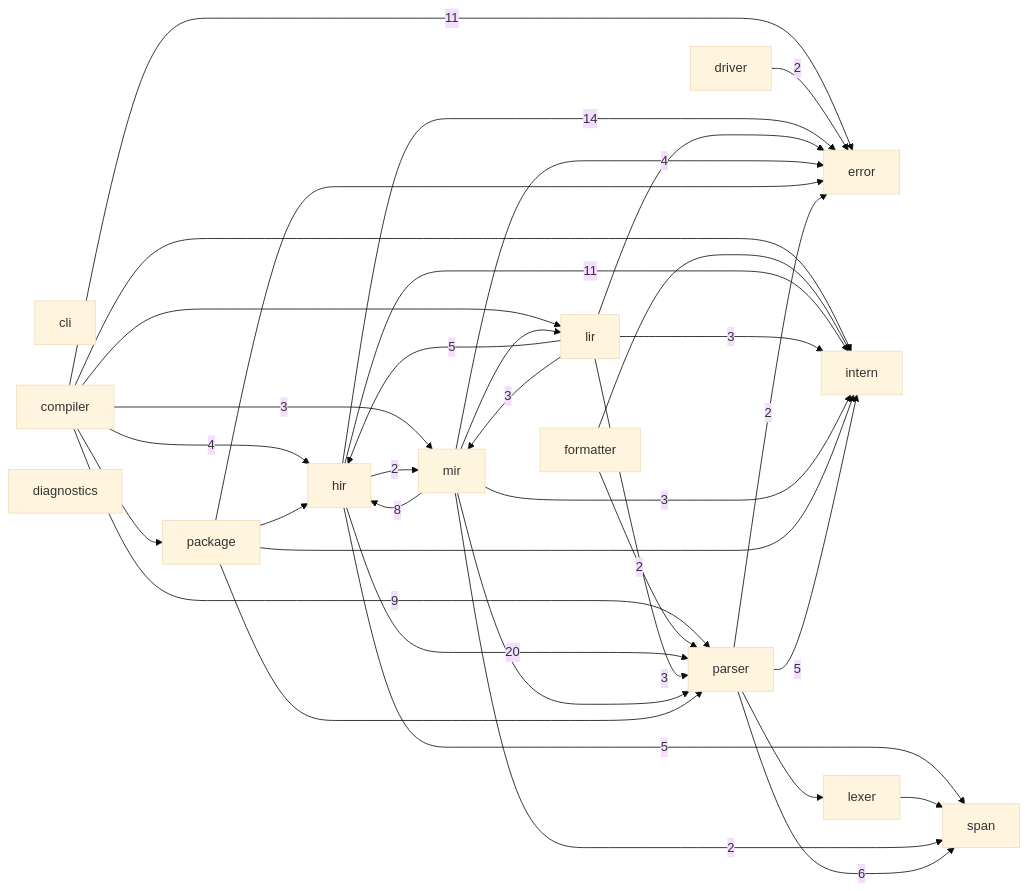
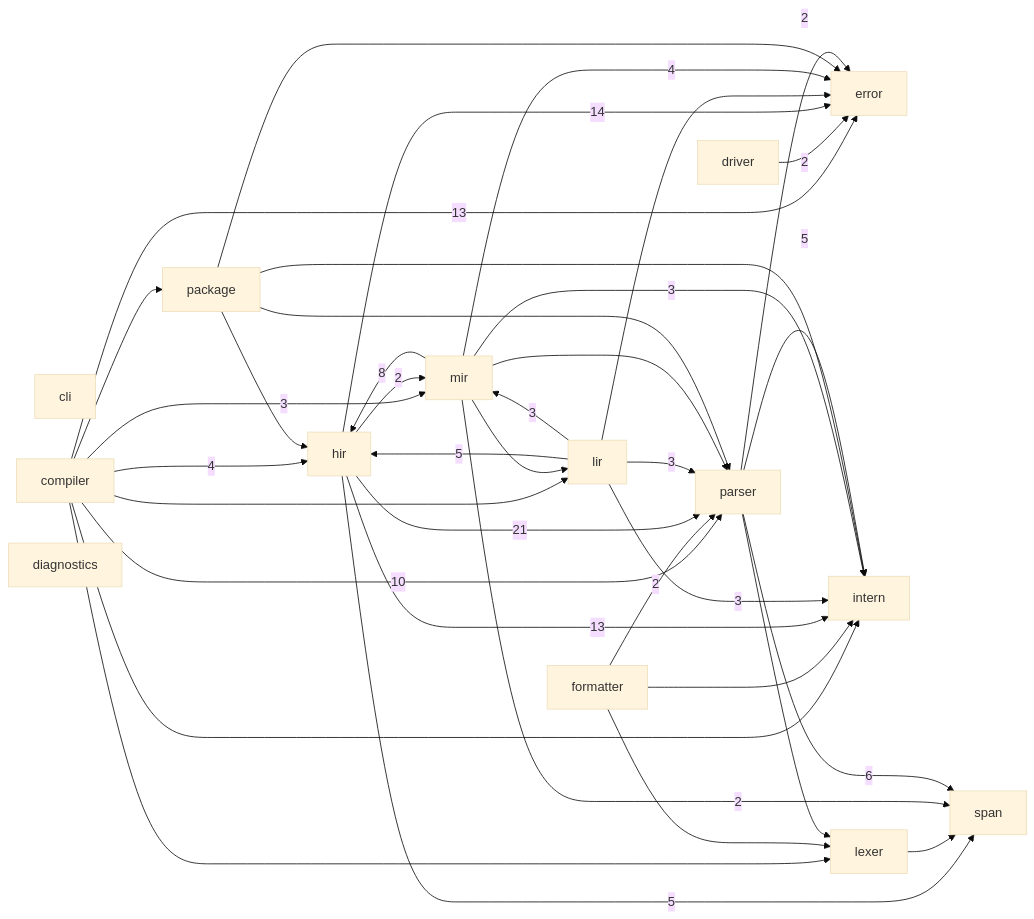
One commit to ayanami1ei/Ayanami-language changed the diagram in docs/module-graph.md. Above: the diagram before and after it, drawn with Mermaid (base theme). The commit also changed other lines of this file and 29 other files, not shown here.

````diff
--- a/docs/module-graph.md
+++ b/docs/module-graph.md
@@ -6,52 +6,54 @@
 ```mermaid
 graph LR
     cli
     compiler
     diagnostics
     driver
     error
     formatter
     hir
     intern
     lexer
     lir
     mir
     package
     parser
     span
-    compiler -->|11| error
+    compiler -->|13| error
     compiler -->|4| hir
     compiler --> intern
+    compiler --> lexer
     compiler --> lir
     compiler -->|3| mir
     compiler --> package
-    compiler -->|9| parser
+    compiler -->|10| parser
     driver -->|2| error
     formatter --> intern
+    formatter --> lexer
     formatter -->|2| parser
     hir -->|14| error
-    hir -->|11| intern
+    hir -->|13| intern
     hir -->|2| mir
-    hir -->|20| parser
+    hir -->|21| parser
     hir -->|5| span
     lexer --> span
     lir --> error
     lir -->|5| hir
     lir -->|3| intern
     lir -->|3| mir
     lir -->|3| parser
     mir -->|4| error
     mir -->|8| hir
     mir -->|3| intern
     mir --> lir
     mir --> parser
     mir -->|2| span
     package --> error
     package --> hir
     package --> intern
     package --> parser
     parser -->|2| error
     parser -->|5| intern
     parser --> lexer
     parser -->|6| span
 ```
````
